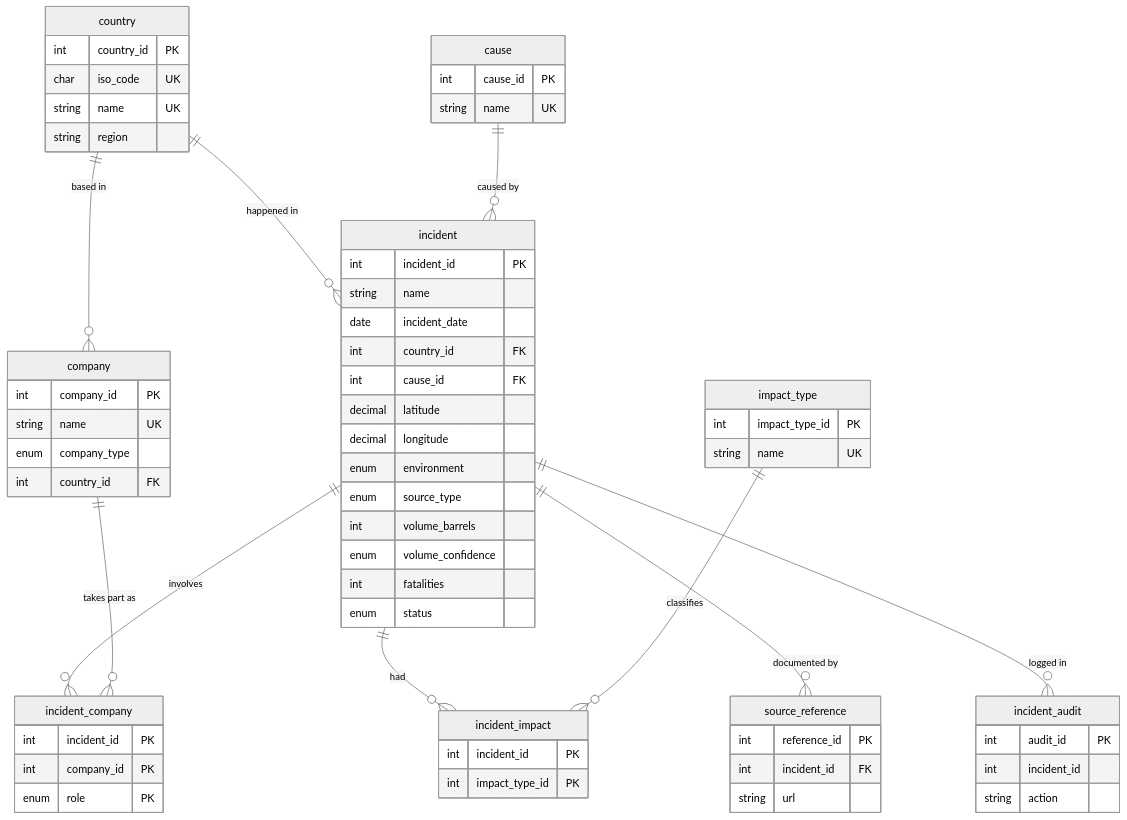
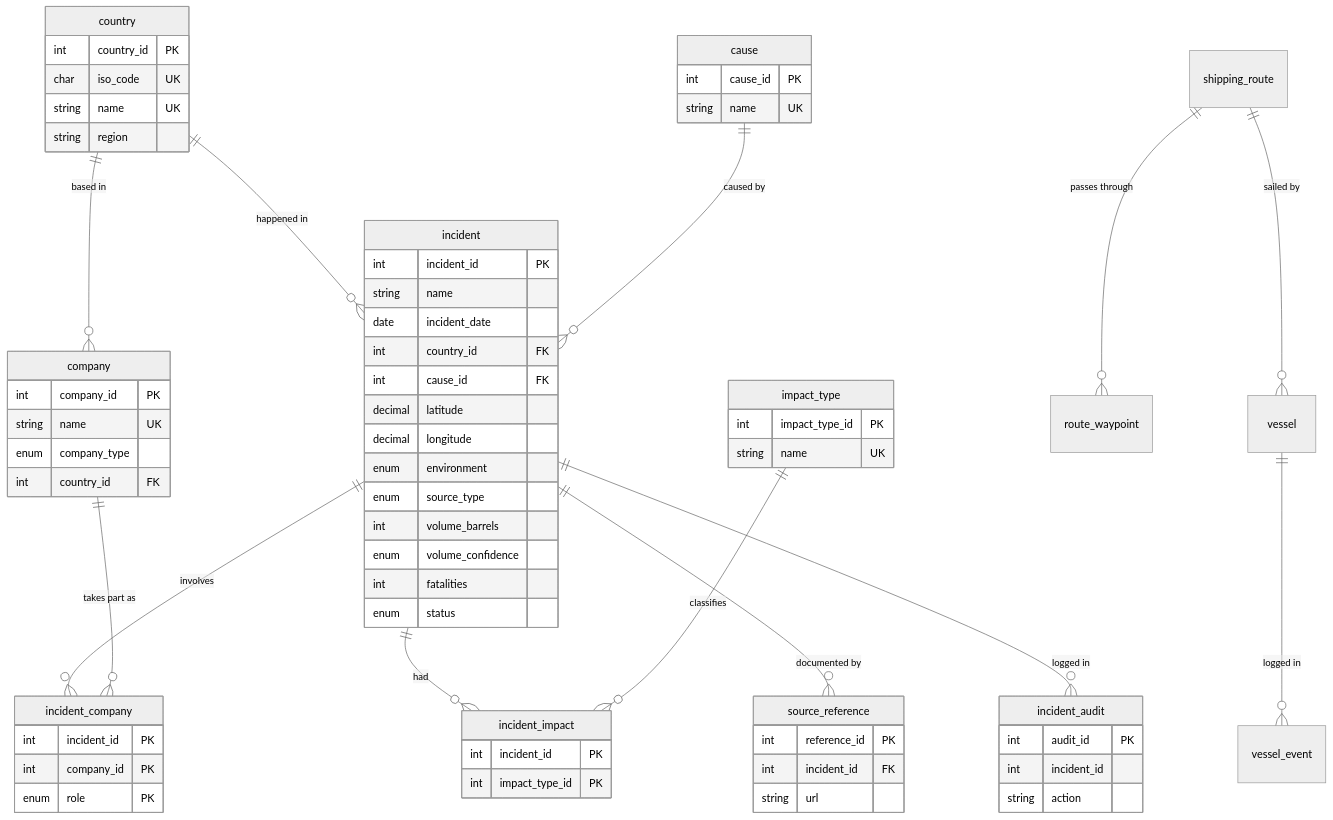
The diagram in README.md (YASHAS-0507/oil-leaks), drawn with Mermaid (neutral theme) before and after one commit. The commit also changed other lines of this file and 18 other files, not shown here.

````diff
--- a/README.md
+++ b/README.md
@@ -23,49 +27,52 @@
 ```mermaid
 erDiagram
     country ||--o{ incident : "happened in"
     country ||--o{ company : "based in"
     cause ||--o{ incident : "caused by"
     incident ||--o{ incident_company : involves
     company ||--o{ incident_company : "takes part as"
     incident ||--o{ incident_impact : had
     impact_type ||--o{ incident_impact : classifies
     incident ||--o{ source_reference : "documented by"
     incident ||--o{ incident_audit : "logged in"
+    shipping_route ||--o{ route_waypoint : "passes through"
+    shipping_route ||--o{ vessel : "sailed by"
+    vessel ||--o{ vessel_event : "logged in"
 
     country { int country_id PK
               char iso_code UK
               string name UK
               string region }
     cause { int cause_id PK
             string name UK }
     company { int company_id PK
               string name UK
               enum company_type
               int country_id FK }
     incident { int incident_id PK
                string name
                date incident_date
                int country_id FK
                int cause_id FK
                decimal latitude
                decimal longitude
                enum environment
                enum source_type
                int volume_barrels
                enum volume_confidence
                int fatalities
                enum status }
     incident_company { int incident_id PK
                        int company_id PK
                        enum role PK }
     impact_type { int impact_type_id PK
                   string name UK }
     incident_impact { int incident_id PK
                       int impact_type_id PK }
     source_reference { int reference_id PK
                        int incident_id FK
                        string url }
     incident_audit { int audit_id PK
                      int incident_id
                      string action }
 ```
````
